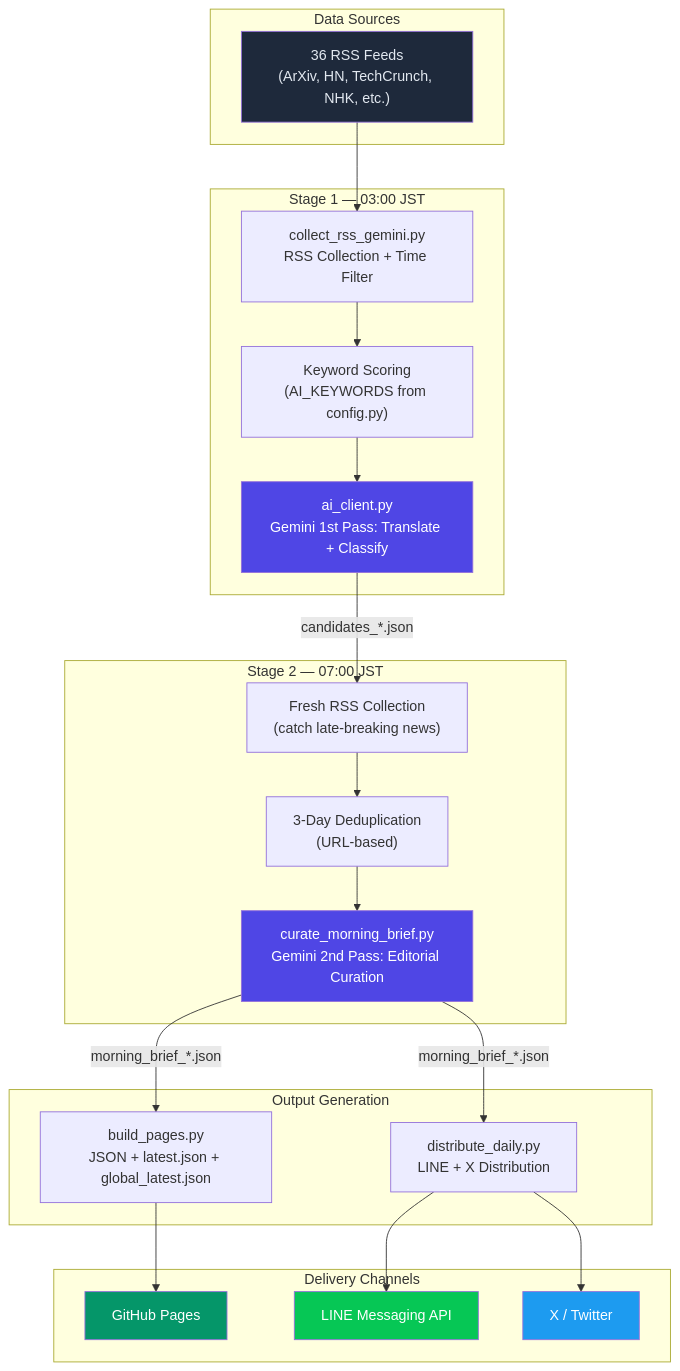
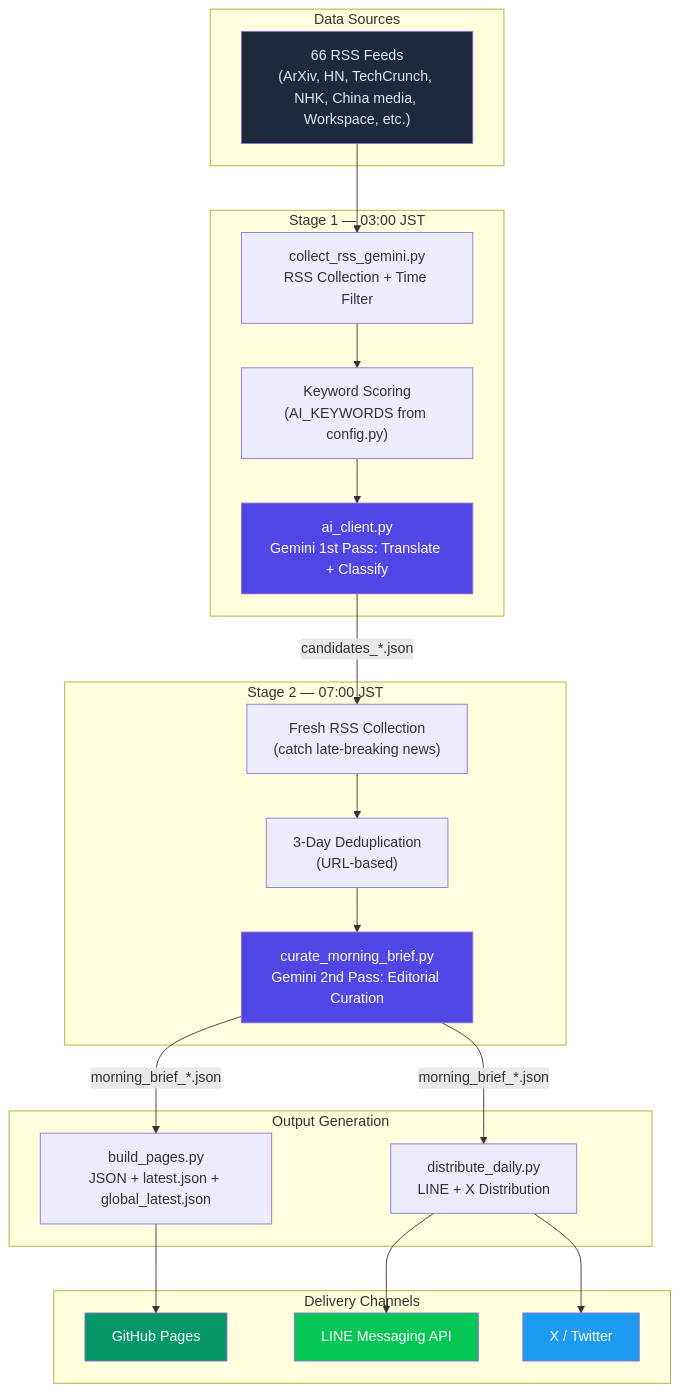
One commit to TadFuji/ai-news-bot changed the diagram in README_EN.md. Above: the diagram before and after it, drawn with Mermaid. The commit also changed other lines of this file and 13 other files, not shown here.

````diff
--- a/README_EN.md
+++ b/README_EN.md
@@ -51,45 +56,45 @@
 ```mermaid
 graph TD
     subgraph "Data Sources"
-        RSS["36 RSS Feeds<br/>(ArXiv, HN, TechCrunch, NHK, etc.)"]
+        RSS["66 RSS Feeds<br/>(ArXiv, HN, TechCrunch, NHK, China media, Workspace, etc.)"]
     end
 
     subgraph "Stage 1 — 03:00 JST"
         COLLECT["collect_rss_gemini.py<br/>RSS Collection + Time Filter"]
         SCORE["Keyword Scoring<br/>(AI_KEYWORDS from config.py)"]
         GEMINI1["ai_client.py<br/>Gemini 1st Pass: Translate + Classify"]
     end
 
     subgraph "Stage 2 — 07:00 JST"
         FRESH["Fresh RSS Collection<br/>(catch late-breaking news)"]
         DEDUP["3-Day Deduplication<br/>(URL-based)"]
         GEMINI2["curate_morning_brief.py<br/>Gemini 2nd Pass: Editorial Curation"]
     end
 
     subgraph "Output Generation"
         BUILD["build_pages.py<br/>JSON + latest.json + global_latest.json"]
         DIST["distribute_daily.py<br/>LINE + X Distribution"]
     end
 
     subgraph "Delivery Channels"
         WEB["GitHub Pages"]
         LINE["LINE Messaging API"]
         X["X / Twitter"]
     end
 
     RSS --> COLLECT --> SCORE --> GEMINI1
     GEMINI1 -->|"candidates_*.json"| FRESH
     FRESH --> DEDUP --> GEMINI2
     GEMINI2 -->|"morning_brief_*.json"| BUILD
     GEMINI2 -->|"morning_brief_*.json"| DIST
     BUILD --> WEB
     DIST --> LINE
     DIST --> X
 
     style RSS fill:#1e293b,color:#e2e8f0
     style GEMINI1 fill:#4f46e5,color:#fff
     style GEMINI2 fill:#4f46e5,color:#fff
     style WEB fill:#059669,color:#fff
     style LINE fill:#06c755,color:#fff
     style X fill:#1d9bf0,color:#fff
 ```
````
